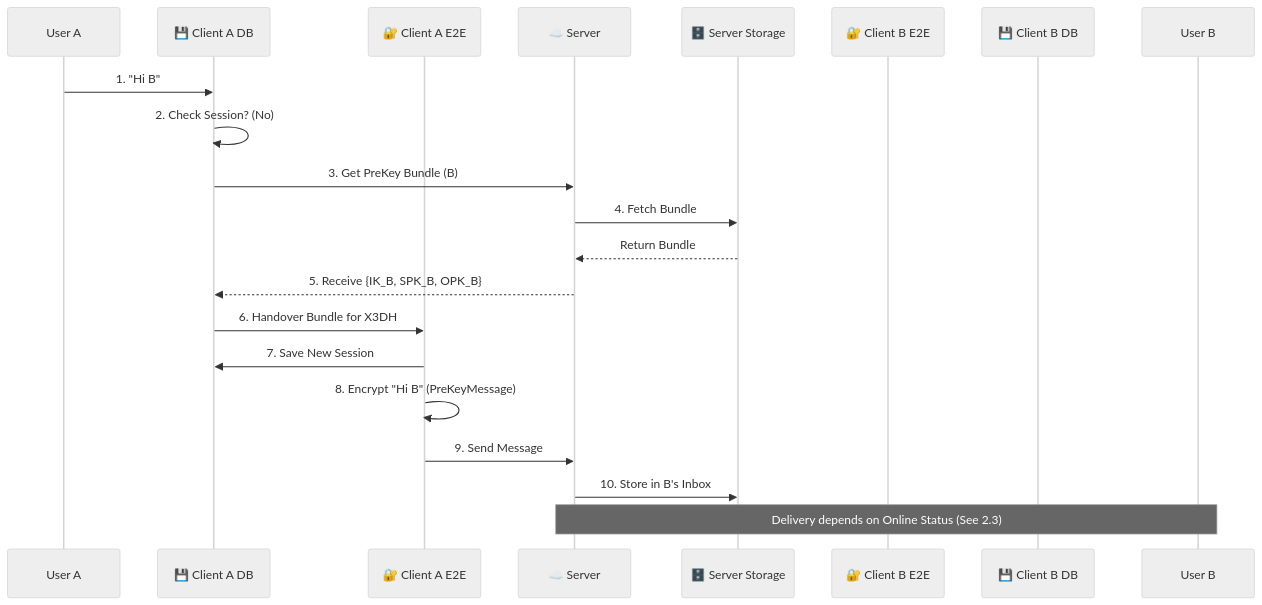
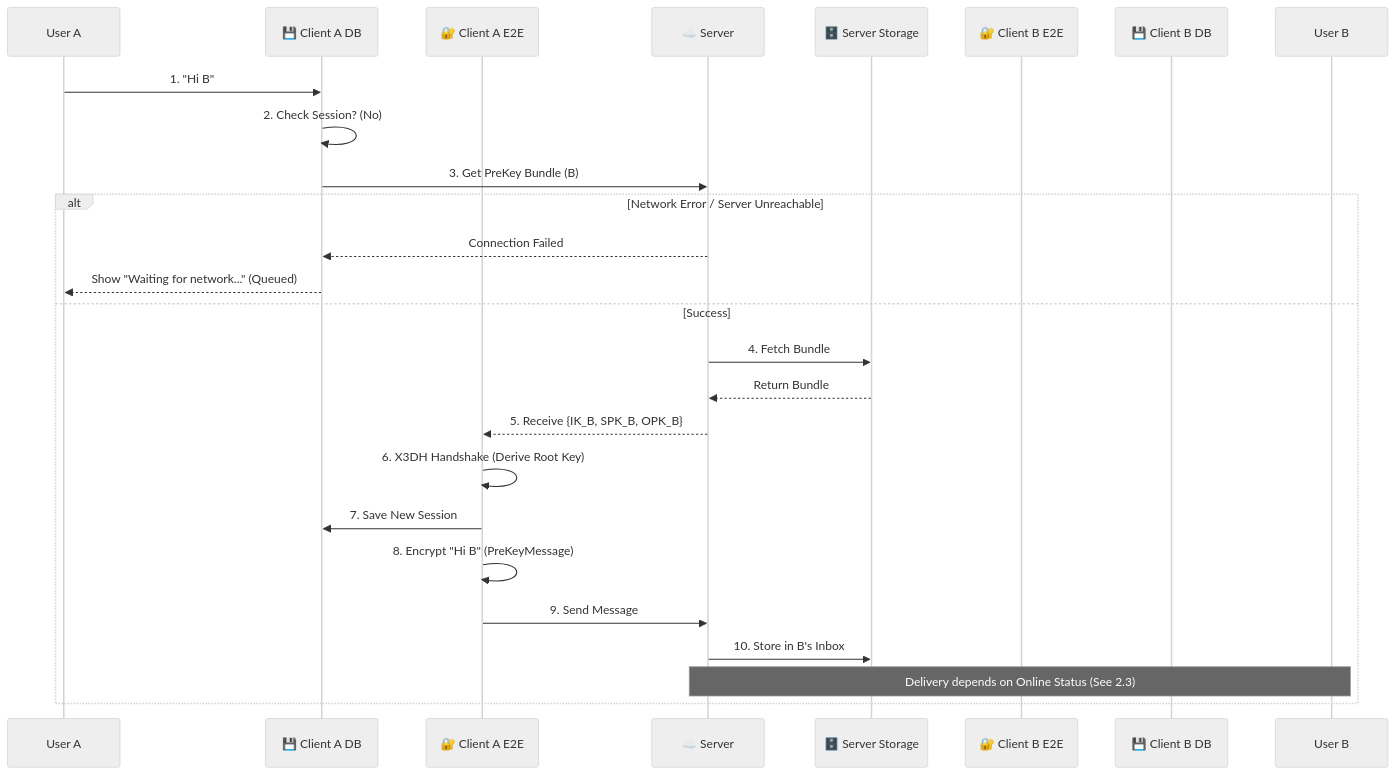
The fourth of 18 diagrams in CompleteUseCaseFlows.md (pingappduniya-oss/Ping-App-Complete-Use-Case-Flows-Technical-Deep-Dive-), drawn with Mermaid (neutral theme) before and after one commit. The commit also changed other lines of this file, not shown here.

````diff
--- a/CompleteUseCaseFlows.md
+++ b/CompleteUseCaseFlows.md
@@ -86,28 +112,34 @@
 ```mermaid
 sequenceDiagram
     participant UA as User A
     participant CA_DB as 💾 Client A DB
     participant CA_E2E as 🔐 Client A E2E
     participant Server as ☁️ Server
     participant SS as 🗄️ Server Storage
     participant CB_E2E as 🔐 Client B E2E
     participant CB_DB as 💾 Client B DB
     participant UB as User B
 
     UA->>CA_DB: 1. "Hi B"
     CA_DB->>CA_DB: 2. Check Session? (No)
     
     CA_DB->>Server: 3. Get PreKey Bundle (B)
-    Server->>SS: 4. Fetch Bundle
-    SS-->>Server: Return Bundle
-    Server-->>CA_DB: 5. Receive {IK_B, SPK_B, OPK_B}
-    
-    CA_DB->>CA_E2E: 6. Handover Bundle for X3DH
-    CA_E2E->>CA_DB: 7. Save New Session
-    CA_E2E->>CA_E2E: 8. Encrypt "Hi B" (PreKeyMessage)
-    
-    CA_E2E->>Server: 9. Send Message
-    Server->>SS: 10. Store in B's Inbox
-    
-    Note over Server, UB: Delivery depends on Online Status (See 2.3)
+
+    alt Network Error / Server Unreachable
+        Server-->>CA_DB: Connection Failed
+        CA_DB-->>UA: Show "Waiting for network..." (Queued)
+    else Success
+        Server->>SS: 4. Fetch Bundle
+        SS-->>Server: Return Bundle
+        Server-->>CA_E2E: 5. Receive {IK_B, SPK_B, OPK_B}
+        
+        CA_E2E->>CA_E2E: 6. X3DH Handshake (Derive Root Key)
+        CA_E2E->>CA_DB: 7. Save New Session
+        CA_E2E->>CA_E2E: 8. Encrypt "Hi B" (PreKeyMessage)
+        
+        CA_E2E->>Server: 9. Send Message
+        Server->>SS: 10. Store in B's Inbox
+        
+        Note over Server, UB: Delivery depends on Online Status (See 2.3)
+    end
 ```
````
